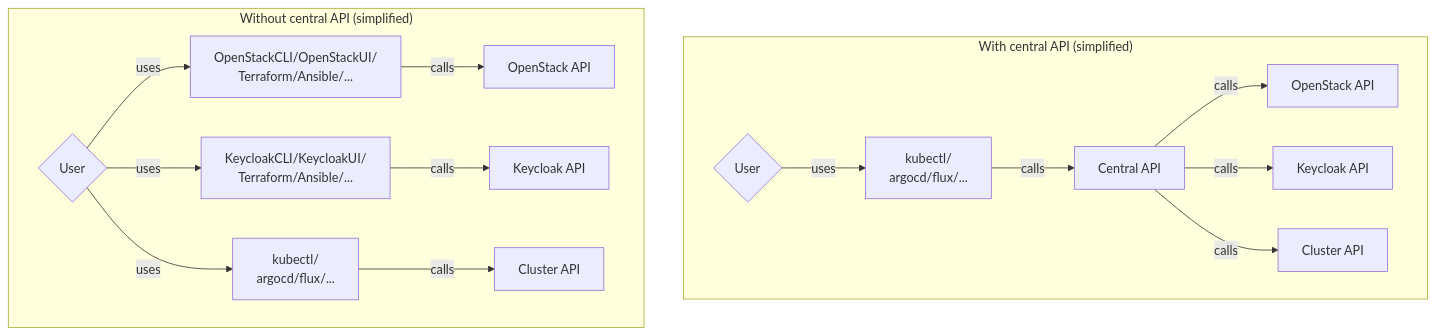
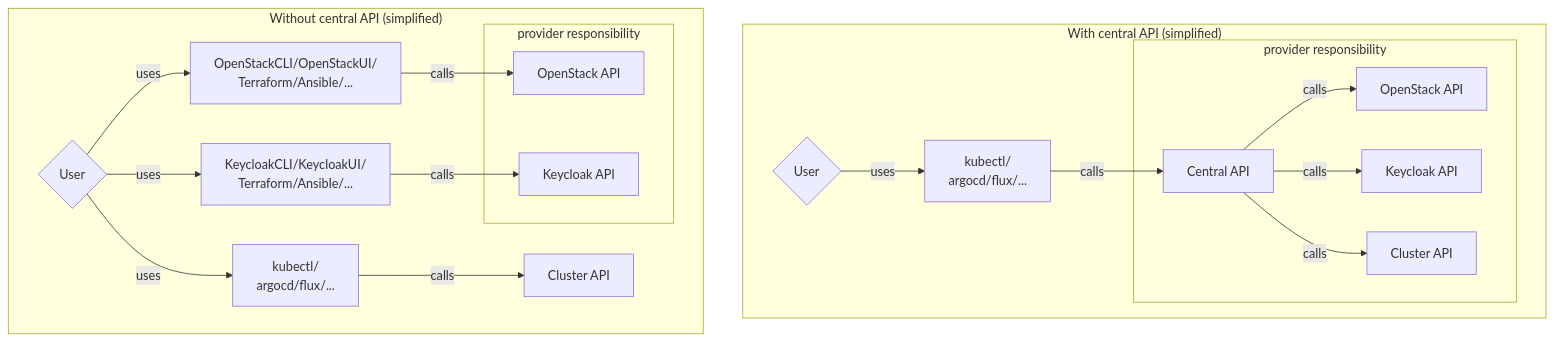
One commit to SovereignCloudStack/central-api changed the diagram in README.md. Above: the diagram before and after it, drawn with Mermaid.

Commit message:
Add "provider responsibility" subgraphs

````diff
--- a/README.md
+++ b/README.md
@@ -167,33 +167,37 @@
 ```mermaid
 flowchart TB
     subgraph "With central API (simplified)"
         User2{"User"}
-        CentralAPI["Central API"]
-        OpenStack2["OpenStack API"]
-        Keycloak2["Keycloak API"]
-        CAPI2["Cluster API"]
+        subgraph "provider responsibility"
+            CentralAPI["Central API"]
+            OpenStack2["OpenStack API"]
+            Keycloak2["Keycloak API"]
+            CAPI2["Cluster API"]
+        end
 
         User2
             -- uses --> K8sTooling2["kubectl/\nargocd/flux/..."]
         K8sTooling2 -- calls --> CentralAPI
         CentralAPI -- calls --> OpenStack2
         CentralAPI -- calls --> Keycloak2
         CentralAPI -- calls --> CAPI2
     end
     subgraph "Without central API (simplified)"
         User1{"User"}
-        OpenStack1["OpenStack API"]
-        Keycloak1["Keycloak API"]
+        subgraph "provider responsibility"
+            OpenStack1["OpenStack API"]
+            Keycloak1["Keycloak API"]
+        end
         CAPI1["Cluster API"]
 
         User1
             -- uses --> OpenStackCLI1["OpenStackCLI/OpenStackUI/\nTerraform/Ansible/..."]
             -- calls --> OpenStack1
         User1
             -- uses --> KeycloakCLI1["KeycloakCLI/KeycloakUI/\nTerraform/Ansible/..."]
             -- calls --> Keycloak1
         User1
             -- uses --> K8sTooling1["kubectl/\nargocd/flux/..."]
             -- calls --> CAPI1
     end
 ```
````
